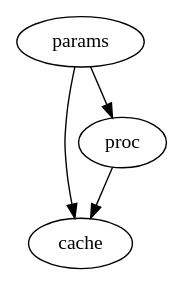
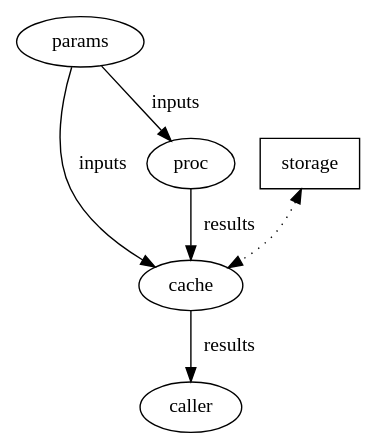
One commit to brettviren/btdtwf changed the second of 2 diagrams in doc/fnwf.org. Above: the diagram before and after it, drawn with Graphviz. The commit also changed other lines of this file and 1 other file, not shown here.

```diff
--- a/doc/fnwf.org
+++ b/doc/fnwf.org
@@ -187,8 +196,11 @@
 #+BEGIN_SRC dot :file cache-pattern.png :exports results
-  digraph OneNode {
-          params -> cache;
-          params -> proc;
-          proc -> cache;
-  }
-  
+    digraph OneNode {
+            params -> cache [label="inputs"];
+            params -> proc [label="inputs"];
+            proc -> cache [label=" results"];
+            storage [shape=box];
+            storage -> cache [style=dotted, dir=both];
+            cache -> caller [label=" results"];
+    }
+    
 #+END_SRC
```
